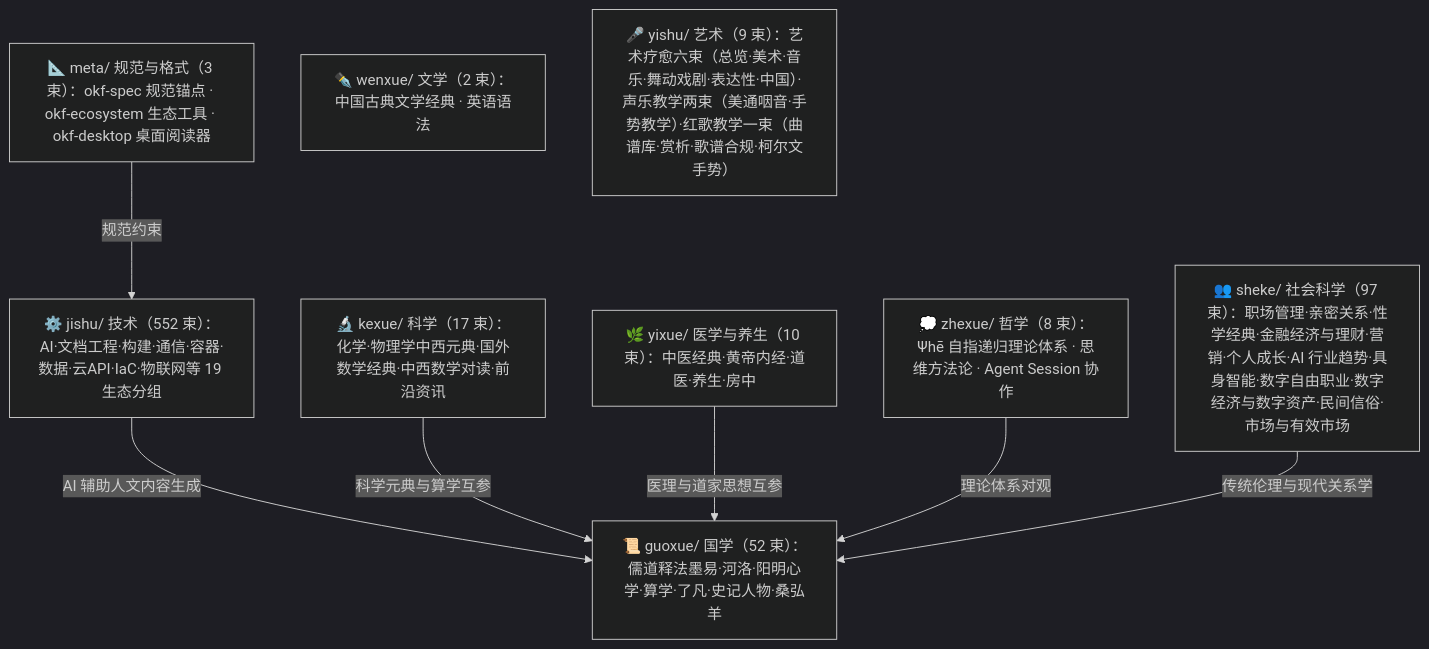
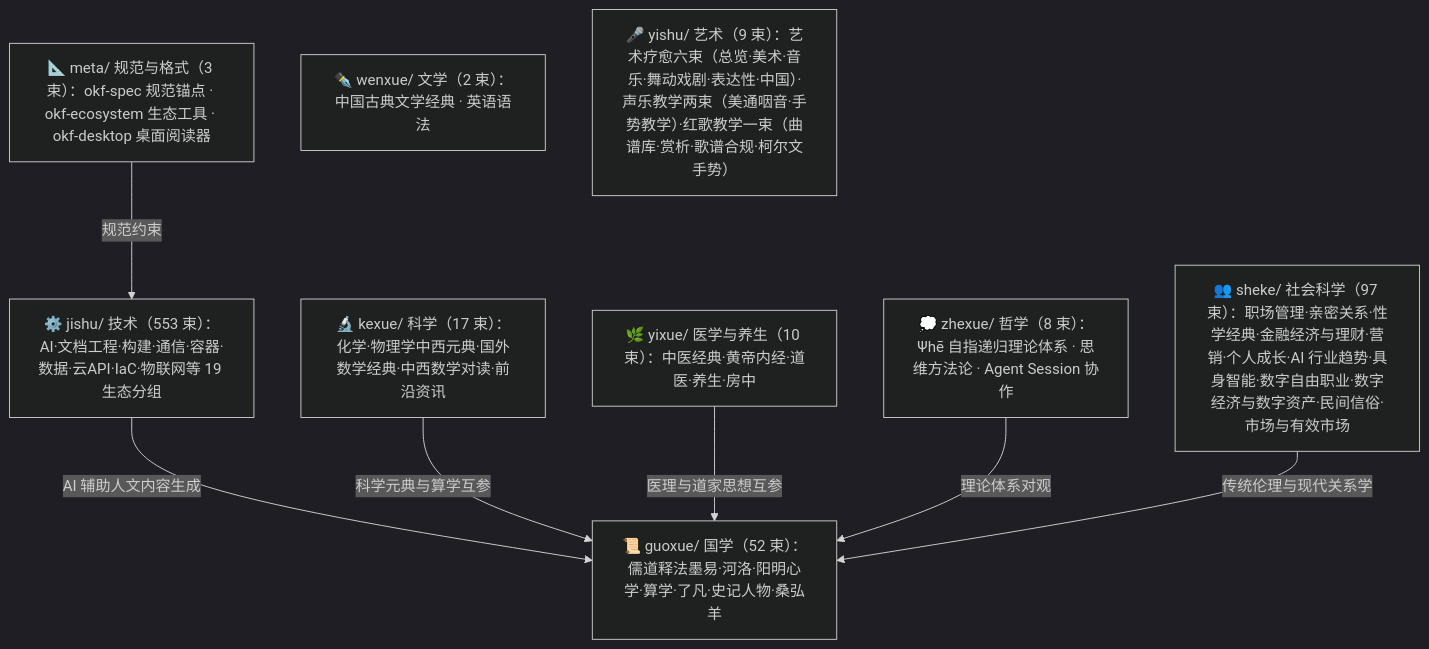
Before and after one commit to awesome-flexloop/awesome-okf: the diagram in doc/bundles/index.md, drawn with Mermaid (dark theme). The commit also changed other lines of this file and 23 other files, not shown here.

````diff
--- a/doc/bundles/index.md
+++ b/doc/bundles/index.md
@@ -21,18 +21,18 @@
 ```mermaid
 flowchart TD
     meta["📐 meta/ 规范与格式（3 束）：okf-spec 规范锚点 · okf-ecosystem 生态工具 · okf-desktop 桌面阅读器"]
     guoxue["📜 guoxue/ 国学（52 束）：儒道释法墨易·河洛·阳明心学·算学·了凡·史记人物·桑弘羊"]
     zhexue["💭 zhexue/ 哲学（8 束）：Ψhē 自指递归理论体系 · 思维方法论 · Agent Session 协作"]
     kexue["🔬 kexue/ 科学（17 束）：化学·物理学中西元典·国外数学经典·中西数学对读·前沿资讯"]
     wenxue["✒️ wenxue/ 文学（2 束）：中国古典文学经典 · 英语语法"]
     yixue["🌿 yixue/ 医学与养生（10 束）：中医经典·黄帝内经·道医·养生·房中"]
     sheke["👥 sheke/ 社会科学（97 束）：职场管理·亲密关系·性学经典·金融经济与理财·营销·个人成长·AI 行业趋势·具身智能·数字自由职业·数字经济与数字资产·民间信俗·市场与有效市场"]
     yishu["🎤 yishu/ 艺术（9 束）：艺术疗愈六束（总览·美术·音乐·舞动戏剧·表达性·中国）·声乐教学两束（美通咽音·手势教学）·红歌教学一束（曲谱库·赏析·歌谱合规·柯尔文手势）"]
-    jishu["⚙️ jishu/ 技术（552 束）：AI·文档工程·构建·通信·容器·数据·云API·IaC·物联网等 19 生态分组"]
+    jishu["⚙️ jishu/ 技术（553 束）：AI·文档工程·构建·通信·容器·数据·云API·IaC·物联网等 19 生态分组"]
     meta -->|"规范约束"| jishu
     jishu -->|"AI 辅助人文内容生成"| guoxue
     kexue -->|"科学元典与算学互参"| guoxue
     yixue -->|"医理与道家思想互参"| guoxue
     zhexue -->|"理论体系对观"| guoxue
     sheke -->|"传统伦理与现代关系学"| guoxue
 ```
````
